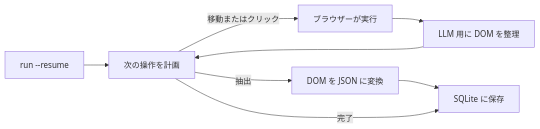
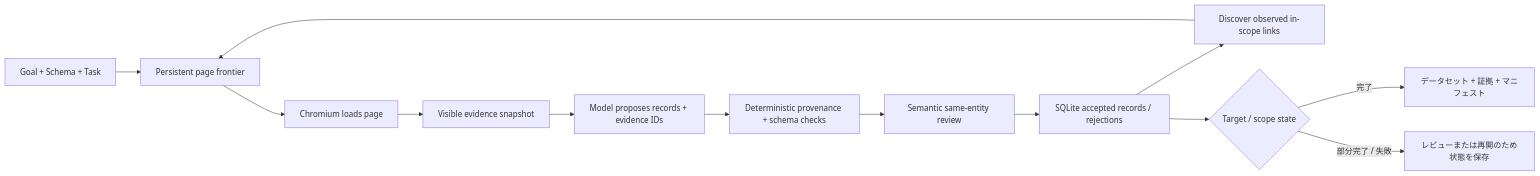
Before and after one commit to EmanueleTorrisi/verboisy: the diagram in .github/readme/README.ja.md, drawn with Mermaid. The commit also changed other lines of this file, not shown here.

````diff
--- a/.github/readme/README.ja.md
+++ b/.github/readme/README.ja.md
@@ -191,10 +168,15 @@
 ```mermaid
 flowchart LR
-    F[run --resume] --> A
-    A[次の操作を計画] -->|移動またはクリック| B[ブラウザーが実行]
-    A -->|抽出| C[DOM を JSON に変換]
-    B --> D[LLM 用に DOM を整理]
-    D --> A
-    C --> E[SQLite に保存]
-    A -->|完了| E
+    A[Goal + Schema + Task] --> B[Persistent page frontier]
+    B --> C[Chromium loads page]
+    C --> D[Visible evidence snapshot]
+    D --> E[Model proposes records + evidence IDs]
+    E --> F[Deterministic provenance + schema checks]
+    F --> G[Semantic same-entity review]
+    G --> H[SQLite accepted records / rejections]
+    H --> I[Discover observed in-scope links]
+    I --> B
+    H --> J{Target / scope state}
+    J -->|完了| K[データセット + 証拠 + マニフェスト]
+    J -->|部分完了 / 失敗| L[レビューまたは再開のため状態を保存]
 ```
````
